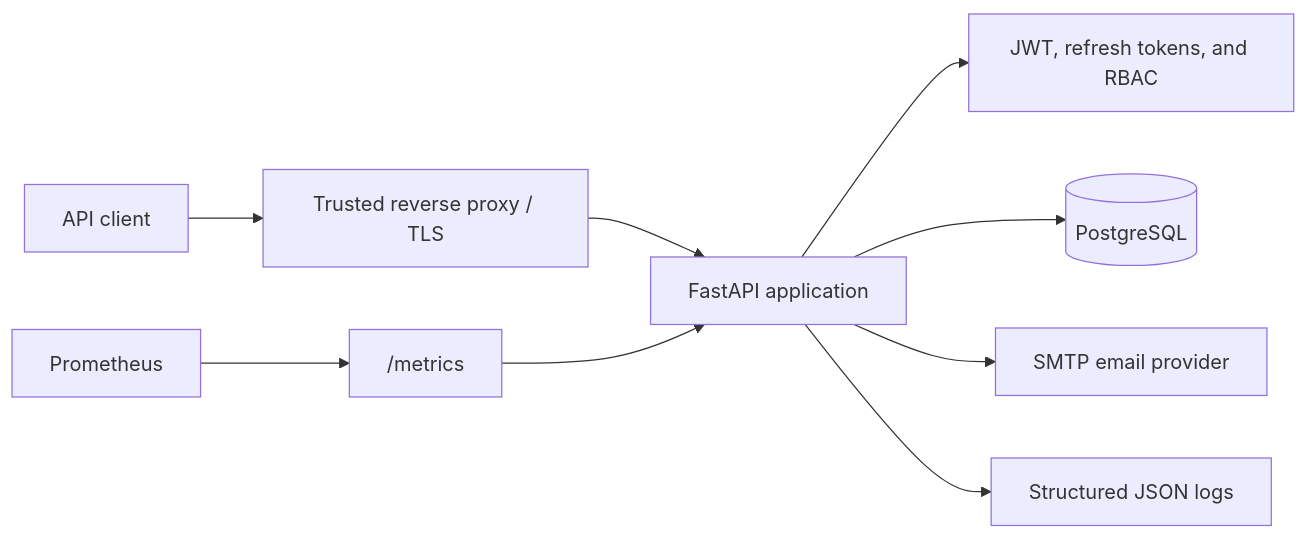
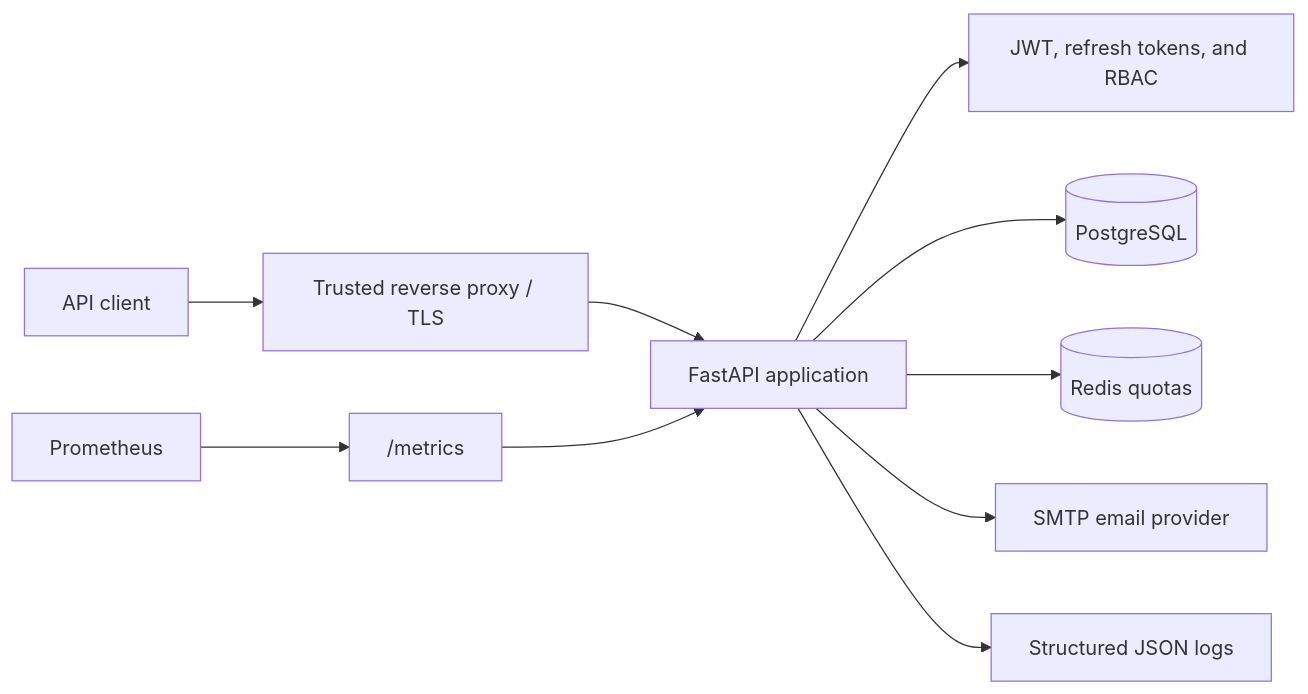
One commit to HoungDev/fastapi-production-api changed the first of 2 diagrams in ARCHITECTURE.md. Above: the diagram before and after it, drawn with Mermaid. The commit also changed other lines of this file and 28 other files, not shown here.

````diff
--- a/ARCHITECTURE.md
+++ b/ARCHITECTURE.md
@@ -9,11 +9,12 @@
 ```mermaid
 flowchart LR
     Client["API client"] --> Proxy["Trusted reverse proxy / TLS"]
     Proxy --> App["FastAPI application"]
     App --> Auth["JWT, refresh tokens, and RBAC"]
     App --> DB[("PostgreSQL")]
+    App --> Redis[("Redis quotas")]
     App --> SMTP["SMTP email provider"]
     App --> Logs["Structured JSON logs"]
     Prometheus["Prometheus"] --> Metrics["/metrics"]
     Metrics --> App
 ```
````
